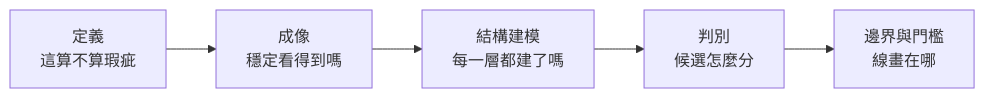
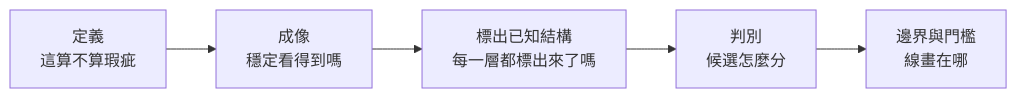
Before and after one commit to dtgfdgfgf/BIO: the first of 8 diagrams in diagrams/README.md, drawn with Mermaid. The commit also changed other lines of this file and 19 other files, not shown here.

First line of the commit message:
docs: 「現況卡」改稱「現況表」、「結構建模」改稱「標出已知結構」

````diff
--- a/diagrams/README.md
+++ b/diagrams/README.md
@@ -23,4 +23,4 @@
 ```mermaid
 flowchart LR
-  D["定義<br/>這算不算瑕疵"] --> I["成像<br/>穩定看得到嗎"] --> S["結構建模<br/>每一層都建了嗎"] --> J["判別<br/>候選怎麼分"] --> B["邊界與門檻<br/>線畫在哪"]
+  D["定義<br/>這算不算瑕疵"] --> I["成像<br/>穩定看得到嗎"] --> S["標出已知結構<br/>每一層都標出來了嗎"] --> J["判別<br/>候選怎麼分"] --> B["邊界與門檻<br/>線畫在哪"]
 ```
````
